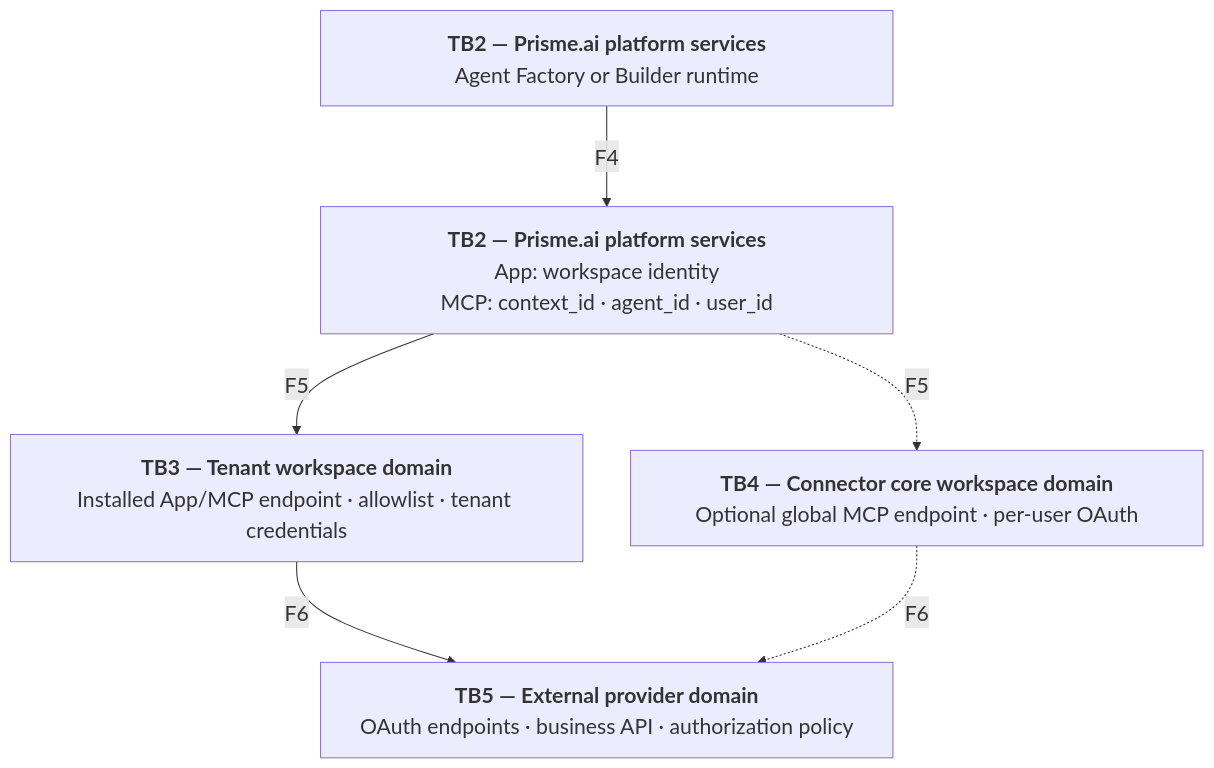
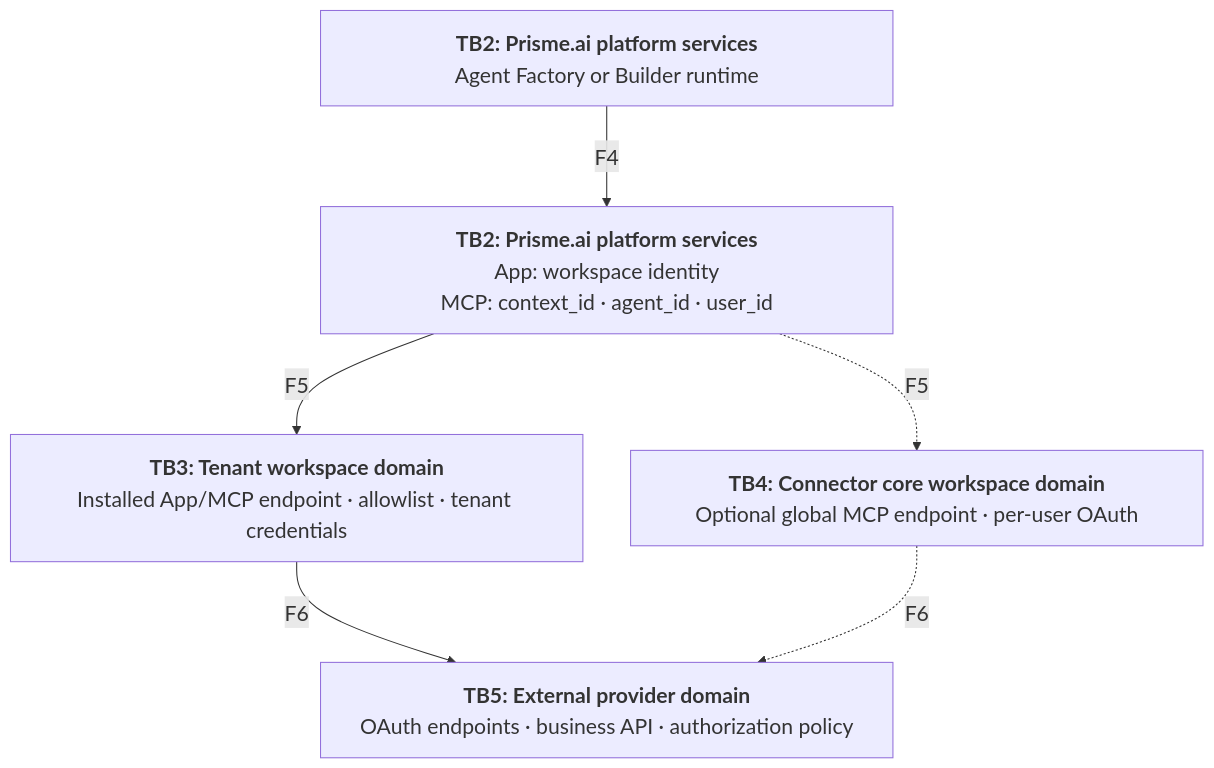
The second of 4 diagrams in apps-store/marketplace/connectors/architecture.mdx (prismeai/docs), drawn with Mermaid before and after one commit. The commit also changed other lines of this file and 138 other files, not shown here.

````diff
--- a/apps-store/marketplace/connectors/architecture.mdx
+++ b/apps-store/marketplace/connectors/architecture.mdx
@@ -49,15 +49,15 @@
 ```mermaid
 %%{init: {"themeVariables": {"fontSize": "20px"}, "flowchart": {"nodeSpacing": 45, "rankSpacing": 65, "wrappingWidth": 480}}}%%
 flowchart TB
-  Caller["<span style='display:inline-block;width:480px'><b>TB2 — Prisme.ai platform services</b><br/>Agent Factory or Builder runtime</span>"]
-  Context["<span style='display:inline-block;width:480px'><b>TB2 — Prisme.ai platform services</b><br/>App: workspace identity<br/>MCP: context_id · agent_id · user_id</span>"]
-  Tenant["<span style='display:inline-block;width:480px'><b>TB3 — Tenant workspace domain</b><br/>Installed App/MCP endpoint · allowlist · tenant credentials</span>"]
-  Core["<span style='display:inline-block;width:480px'><b>TB4 — Connector core workspace domain</b><br/>Optional global MCP endpoint · per-user OAuth</span>"]
-  Provider["<span style='display:inline-block;width:480px'><b>TB5 — External provider domain</b><br/>OAuth endpoints · business API · authorization policy</span>"]
+  Caller["<span style='display:inline-block;width:480px'><b>TB2: Prisme.ai platform services</b><br/>Agent Factory or Builder runtime</span>"]
+  Context["<span style='display:inline-block;width:480px'><b>TB2: Prisme.ai platform services</b><br/>App: workspace identity<br/>MCP: context_id · agent_id · user_id</span>"]
+  Tenant["<span style='display:inline-block;width:480px'><b>TB3: Tenant workspace domain</b><br/>Installed App/MCP endpoint · allowlist · tenant credentials</span>"]
+  Core["<span style='display:inline-block;width:480px'><b>TB4: Connector core workspace domain</b><br/>Optional global MCP endpoint · per-user OAuth</span>"]
+  Provider["<span style='display:inline-block;width:480px'><b>TB5: External provider domain</b><br/>OAuth endpoints · business API · authorization policy</span>"]
 
   Caller -->|"F4"| Context
   Context -->|"F5"| Tenant
   Context -.->|"F5"| Core
   Tenant -->|"F6"| Provider
   Core -.->|"F6"| Provider
 ```
````
